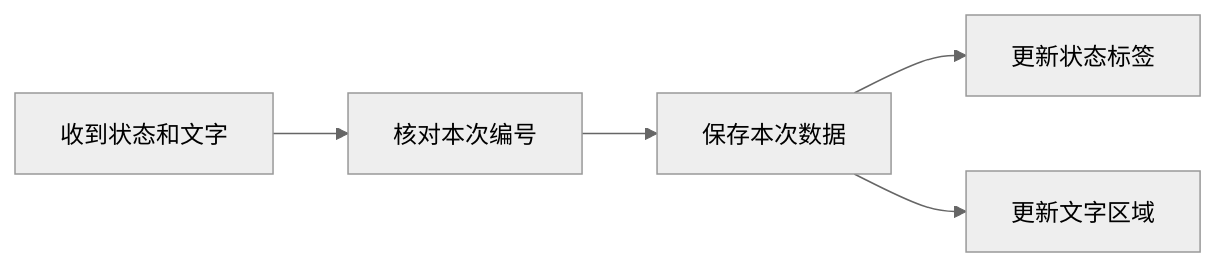
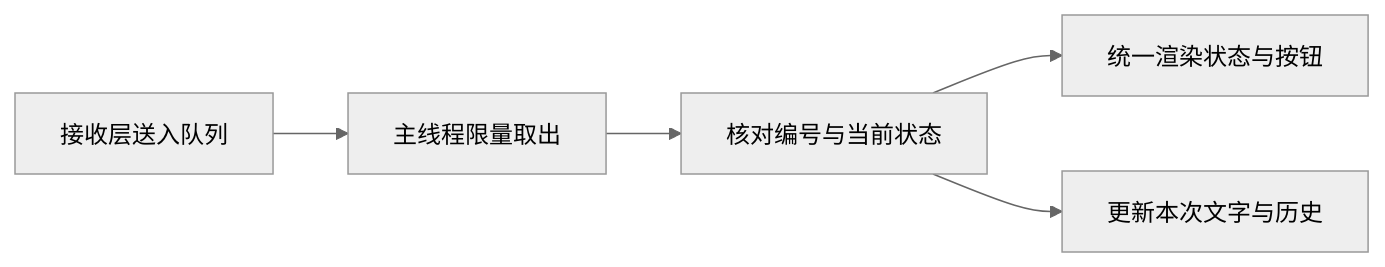
The first of 2 diagrams in docs/知识点/第二周/机器人可视化与监控工程师｜第二周专业知识自学清单.md (dreamcather726/ai-interaction-ui), drawn with Mermaid (neutral theme) before and after one commit. The commit also changed other lines of this file and 3 other files, not shown here.

````diff
--- a/docs/知识点/第二周/机器人可视化与监控工程师｜第二周专业知识自学清单.md
+++ b/docs/知识点/第二周/机器人可视化与监控工程师｜第二周专业知识自学清单.md
@@ -9,7 +9,7 @@
 ```mermaid
 flowchart LR
-    A[收到状态和文字] --> B[核对本次编号]
-    B --> C[保存本次数据]
-    C --> D[更新状态标签]
-    C --> E[更新文字区域]
+    A[接收层送入队列] --> B[主线程限量取出]
+    B --> C[核对编号与当前状态]
+    C --> D[统一渲染状态与按钮]
+    C --> E[更新本次文字与历史]
 ```
````
